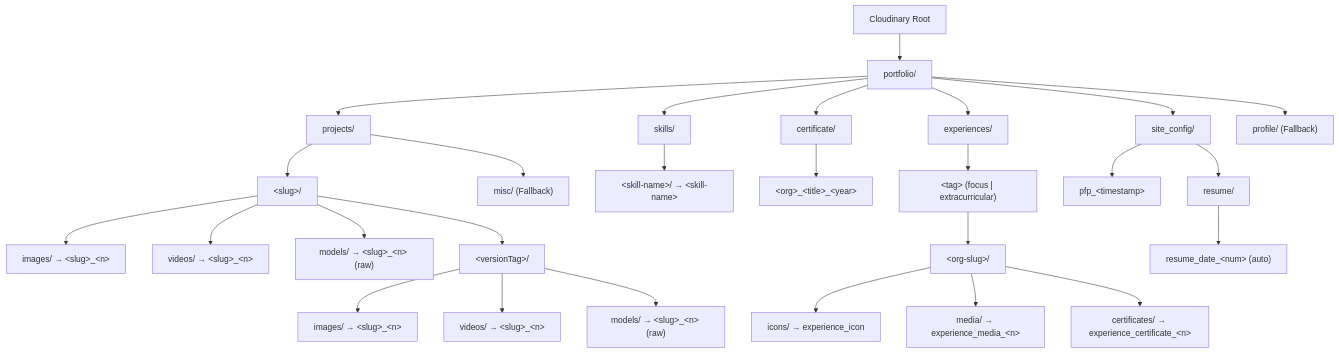
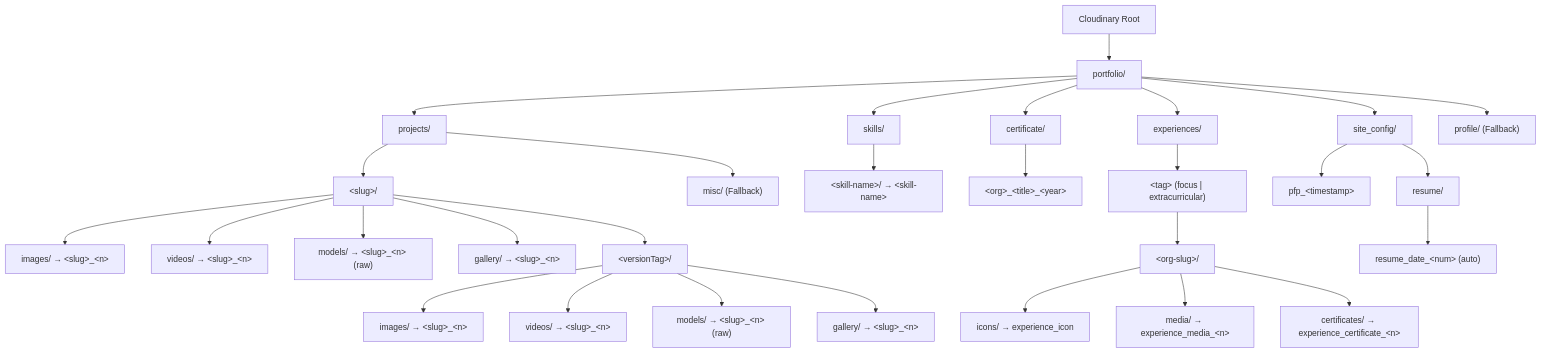
The diagram in .agents/cloudinary.md (Cyberbee-pro/about-core), drawn with Mermaid before and after one commit. The commit also changed other lines of this file and 17 other files, not shown here.

````diff
--- a/.agents/cloudinary.md
+++ b/.agents/cloudinary.md
@@ -72,40 +76,42 @@
 ```mermaid
 graph TD
     Root["Cloudinary Root"] --> Portfolio["portfolio/"]
 
     Portfolio --> Projects["projects/"]
     Portfolio --> Skills["skills/"]
     Portfolio --> Certificate["certificate/"]
     Portfolio --> Experiences["experiences/"]
     Portfolio --> SiteConfig["site_config/"]
     Portfolio --> Profile["profile/ (Fallback)"]
 
     %% Projects branch
     Projects --> ProjSlug["&lt;slug&gt;/"]
     Projects --> ProjMisc["misc/ (Fallback)"]
     ProjSlug --> PImages["images/ &rarr; &lt;slug&gt;_&lt;n&gt;"]
     ProjSlug --> PVideos["videos/ &rarr; &lt;slug&gt;_&lt;n&gt;"]
     ProjSlug --> PModels["models/ &rarr; &lt;slug&gt;_&lt;n&gt; (raw)"]
+    ProjSlug --> PGallery["gallery/ &rarr; &lt;slug&gt;_&lt;n&gt;"]
     ProjSlug --> PVersion["&lt;versionTag&gt;/"]
     PVersion --> PVImages["images/ &rarr; &lt;slug&gt;_&lt;n&gt;"]
     PVersion --> PVVideos["videos/ &rarr; &lt;slug&gt;_&lt;n&gt;"]
     PVersion --> PVModels["models/ &rarr; &lt;slug&gt;_&lt;n&gt; (raw)"]
+    PVersion --> PVGallery["gallery/ &rarr; &lt;slug&gt;_&lt;n&gt;"]
 
     %% Skills branch
     Skills --> SkillName["&lt;skill-name&gt;/ &rarr; &lt;skill-name&gt;"]
 
     %% Certificates branch
     Certificate --> CertAsset["&lt;org&gt;_&lt;title&gt;_&lt;year&gt;"]
 
     %% Experiences branch
     Experiences --> ExpTag["&lt;tag&gt; (focus | extracurricular)"]
     ExpTag --> ExpOrg["&lt;org-slug&gt;/"]
     ExpOrg --> ExpIcons["icons/ &rarr; experience_icon"]
     ExpOrg --> ExpMedia["media/ &rarr; experience_media_&lt;n&gt;"]
     ExpOrg --> ExpCerts["certificates/ &rarr; experience_certificate_&lt;n&gt;"]
 
     %% SiteConfig branch
     SiteConfig --> PFP["pfp_&lt;timestamp&gt;"]
     SiteConfig --> ResumeDir["resume/"]
     ResumeDir --> ResumePDF["resume_date_&lt;num&gt; (auto)"]
 ```
````
